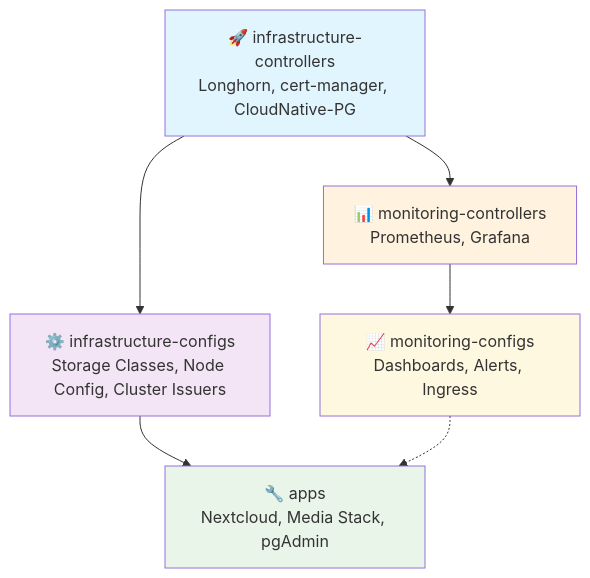
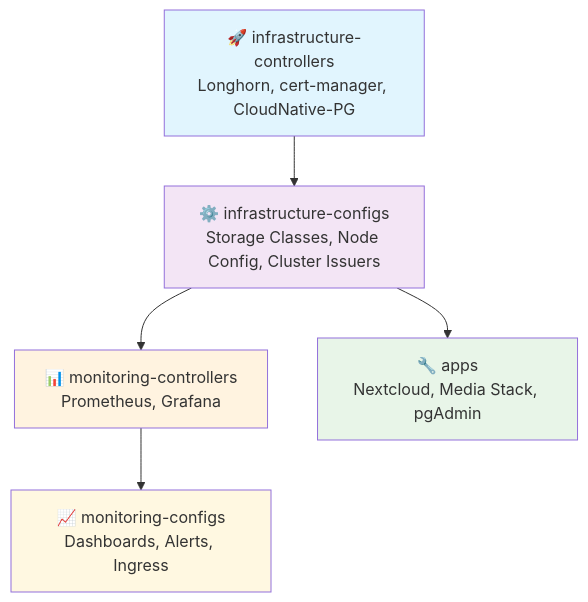
One commit to Justin-De-Sio/homelab changed the second of 2 diagrams in README.md. Above: the diagram before and after it, drawn with Mermaid.

Commit message:
docs(README): Update flow diagram to correct connections between components

````diff
--- a/README.md
+++ b/README.md
@@ -146,20 +146,19 @@
 ```mermaid
 graph TD
     A[🚀 infrastructure-controllers<br/>Longhorn, cert-manager, CloudNative-PG] 
     B[⚙️ infrastructure-configs<br/>Storage Classes, Node Config, Cluster Issuers]
     C[📊 monitoring-controllers<br/>Prometheus, Grafana]
     D[📈 monitoring-configs<br/>Dashboards, Alerts, Ingress]
     E[🔧 apps<br/>Nextcloud, Media Stack, pgAdmin]
 
     A --> B
-    A --> C
+    B --> C
     B --> E
     C --> D
-    D -.-> E
 
     style A fill:#e1f5fe
     style B fill:#f3e5f5
     style C fill:#fff3e0
     style D fill:#fff8e1
     style E fill:#e8f5e8
 ```
````
